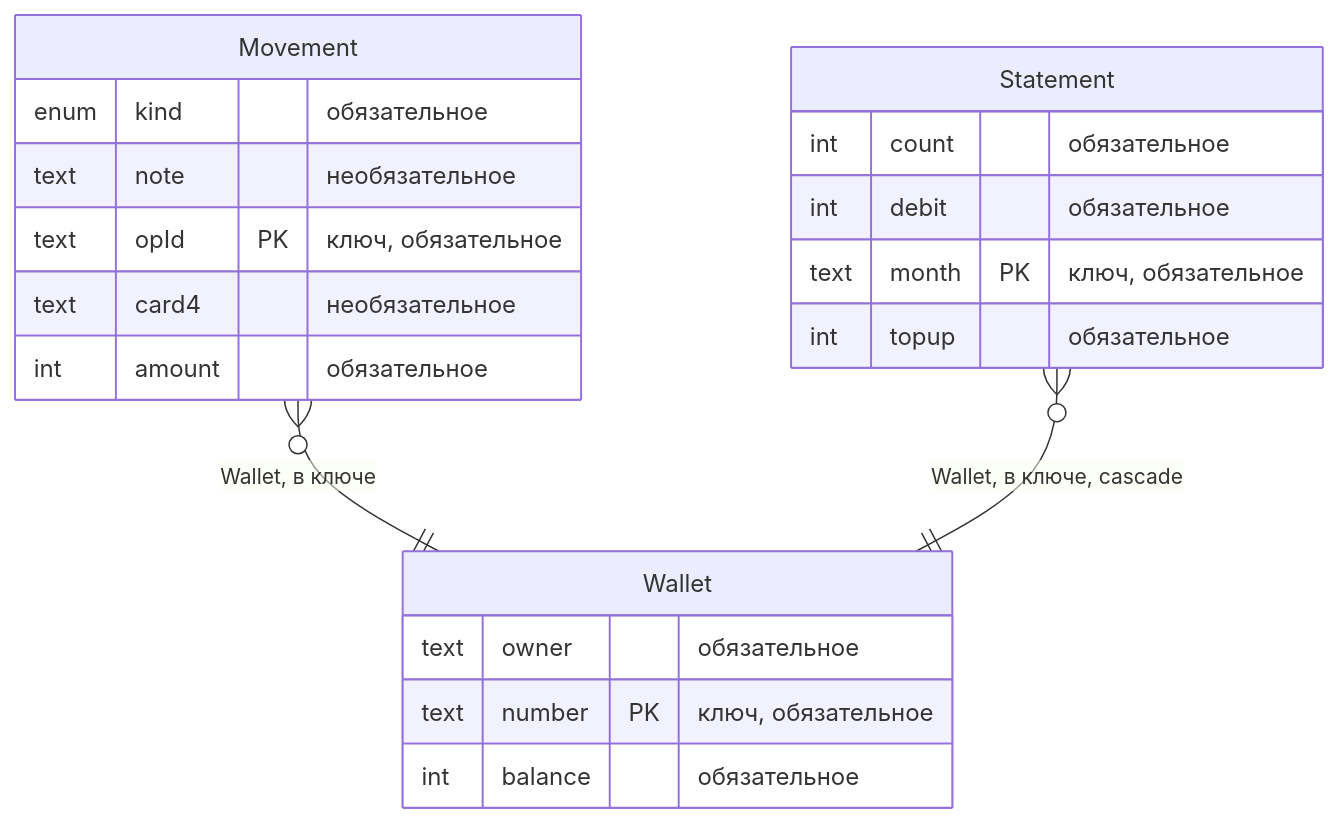
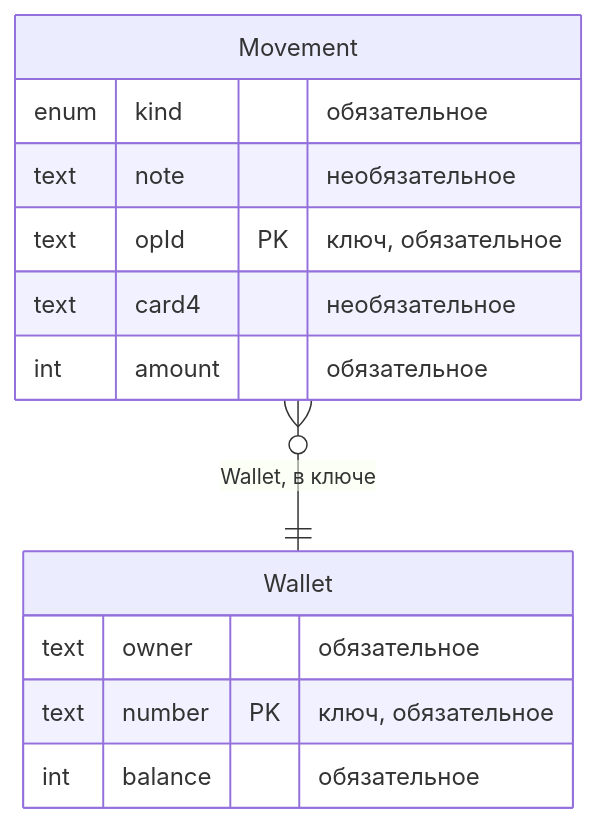
The first of 3 diagrams in guide/pages/services/wallet.md (alepri51/letopis), drawn with Mermaid before and after one commit. The commit also changed other lines of this file and 25 other files, not shown here.

````diff
--- a/guide/pages/services/wallet.md
+++ b/guide/pages/services/wallet.md
@@ -31,23 +30,16 @@
 ```mermaid
 erDiagram
   Movement {
     enum kind "обязательное"
     text note "необязательное"
     text opId PK "ключ, обязательное"
     text card4 "необязательное"
     int amount "обязательное"
   }
-  Statement {
-    int count "обязательное"
-    int debit "обязательное"
-    text month PK "ключ, обязательное"
-    int topup "обязательное"
-  }
   Wallet {
     text owner "обязательное"
     text number PK "ключ, обязательное"
     int balance "обязательное"
   }
   Movement }o--|| Wallet : "Wallet, в ключе"
-  Statement }o--|| Wallet : "Wallet, в ключе, cascade"
 ```
````
